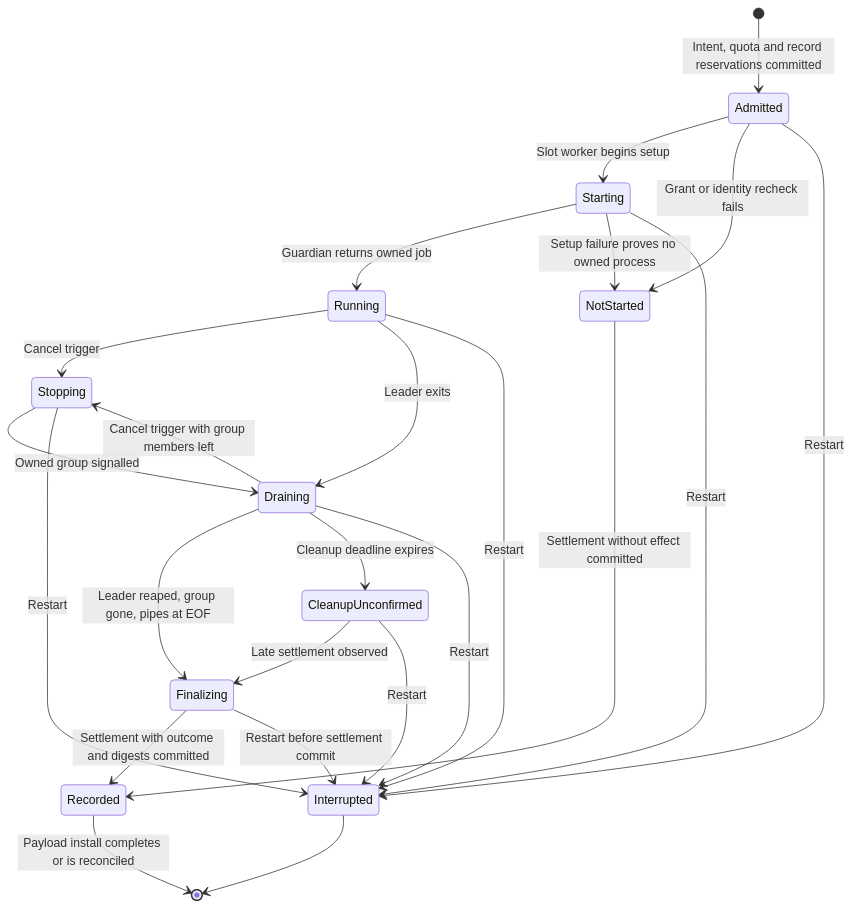
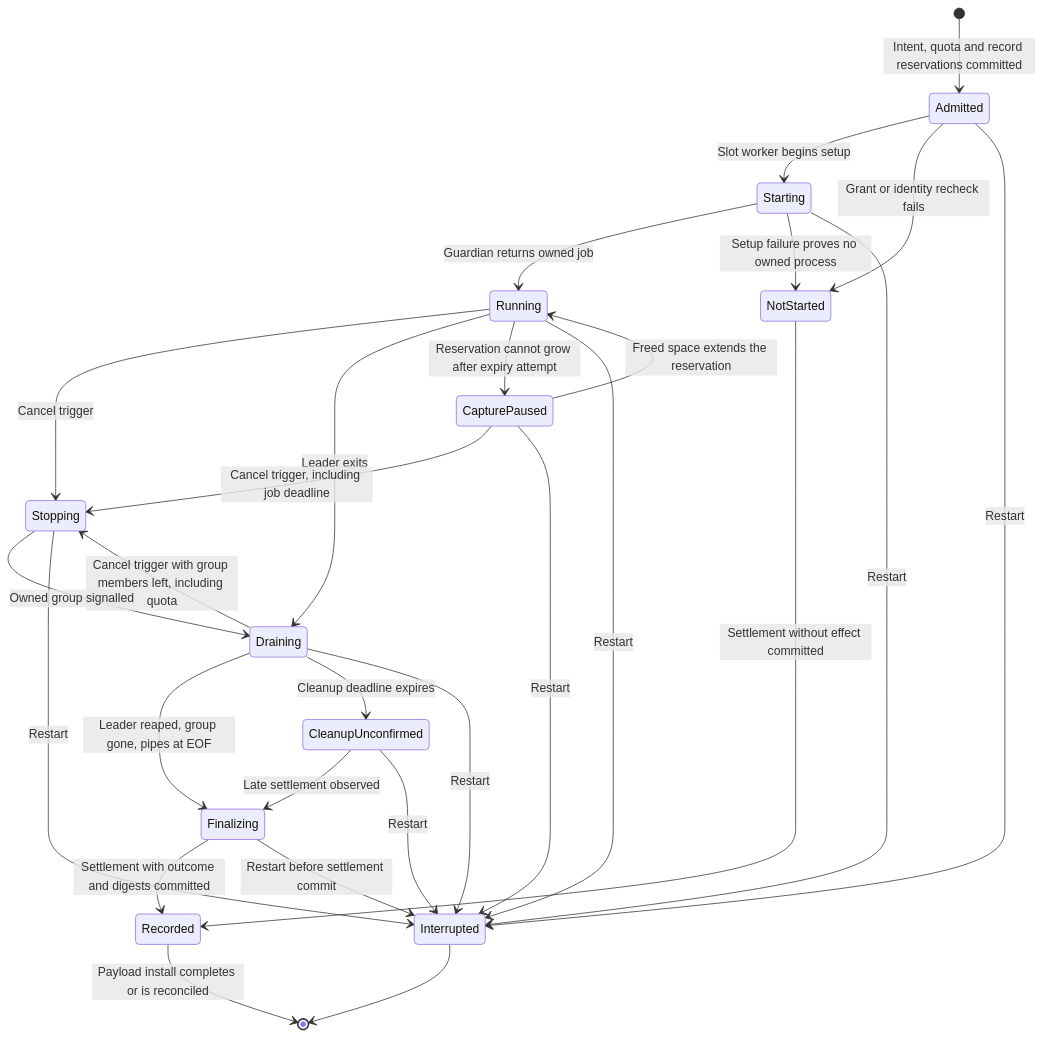
Before and after one commit to pidster/asura: the fourth of 6 diagrams in docs/designs/tool-job-controller.md, drawn with Mermaid. The commit also changed other lines of this file and 7 other files, not shown here.

````diff
--- a/docs/designs/tool-job-controller.md
+++ b/docs/designs/tool-job-controller.md
@@ -296,26 +303,30 @@
 ```mermaid
 stateDiagram-v2
     [*] --> Admitted: Intent, quota and record reservations committed
     Admitted --> Starting: Slot worker begins setup
     Admitted --> NotStarted: Grant or identity recheck fails
     Starting --> Running: Guardian returns owned job
     Starting --> NotStarted: Setup failure proves no owned process
     Running --> Stopping: Cancel trigger
     Running --> Draining: Leader exits
-    Draining --> Stopping: Cancel trigger with group members left
+    Running --> CapturePaused: Reservation cannot grow after expiry attempt
+    CapturePaused --> Running: Freed space extends the reservation
+    CapturePaused --> Stopping: Cancel trigger, including job deadline
+    Draining --> Stopping: Cancel trigger with group members left, including quota
     Stopping --> Draining: Owned group signalled
     Draining --> Finalizing: Leader reaped, group gone, pipes at EOF
     Draining --> CleanupUnconfirmed: Cleanup deadline expires
     CleanupUnconfirmed --> Finalizing: Late settlement observed
     NotStarted --> Recorded: Settlement without effect committed
     Finalizing --> Recorded: Settlement with outcome and digests committed
     Recorded --> [*]: Payload install completes or is reconciled
     Admitted --> Interrupted: Restart
     Starting --> Interrupted: Restart
     Running --> Interrupted: Restart
+    CapturePaused --> Interrupted: Restart
     Stopping --> Interrupted: Restart
     Draining --> Interrupted: Restart
     CleanupUnconfirmed --> Interrupted: Restart
     Finalizing --> Interrupted: Restart before settlement commit
     Interrupted --> [*]
 ```
````
